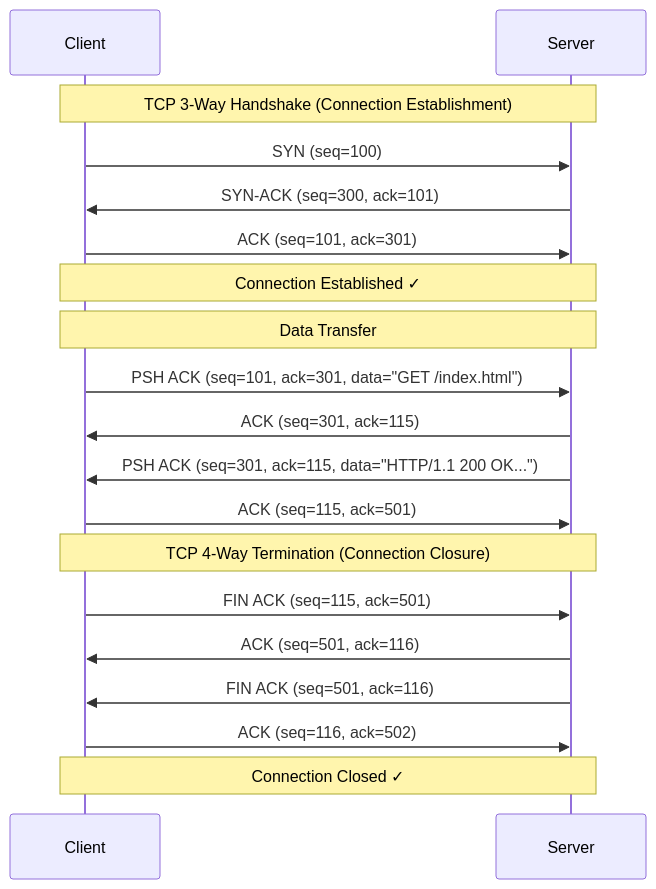
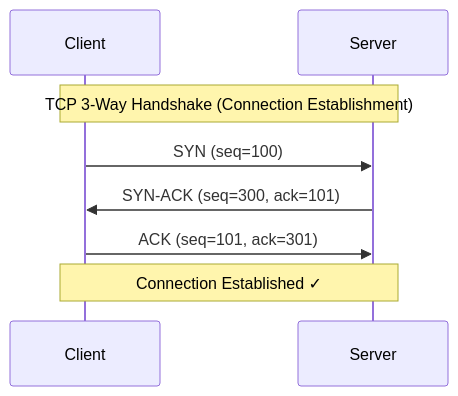
One commit to amortemousque/portfolio changed the second of 3 diagrams in posts/markdown/browser-download-page.md. Above: the diagram before and after it, drawn with Mermaid. The commit also changed other lines of this file and 4 other files, not shown here.

````diff
--- a/posts/markdown/browser-download-page.md
+++ b/posts/markdown/browser-download-page.md
@@ -48,24 +150,12 @@
 ```mermaid
 sequenceDiagram
     participant Client
     participant Server
     
     Note over Client,Server: TCP 3-Way Handshake (Connection Establishment)
     Client->>Server: SYN (seq=100)
     Server->>Client: SYN-ACK (seq=300, ack=101)
     Client->>Server: ACK (seq=101, ack=301)
     Note over Client,Server: Connection Established ✓
-    
-    Note over Client,Server: Data Transfer
-    Client->>Server: PSH ACK (seq=101, ack=301, data="GET /index.html")
-    Server->>Client: ACK (seq=301, ack=115)
-    Server->>Client: PSH ACK (seq=301, ack=115, data="HTTP/1.1 200 OK...")
-    Client->>Server: ACK (seq=115, ack=501)
-    
-    Note over Client,Server: TCP 4-Way Termination (Connection Closure)
-    Client->>Server: FIN ACK (seq=115, ack=501)
-    Server->>Client: ACK (seq=501, ack=116)
-    Server->>Client: FIN ACK (seq=501, ack=116)
-    Client->>Server: ACK (seq=116, ack=502)
-    Note over Client,Server: Connection Closed ✓
+
 ```
````
